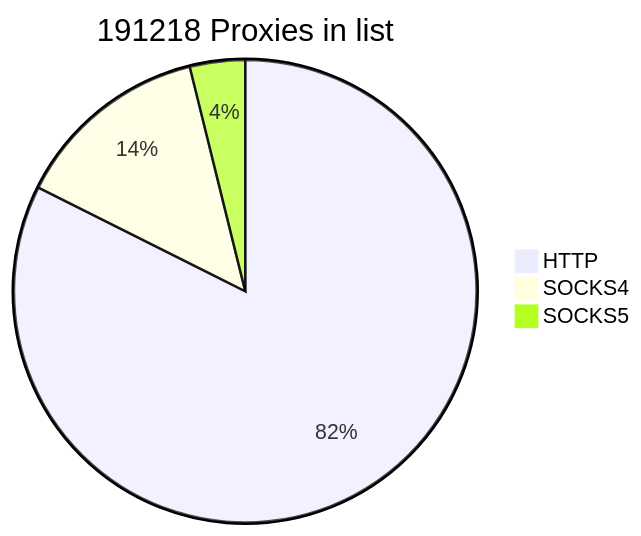
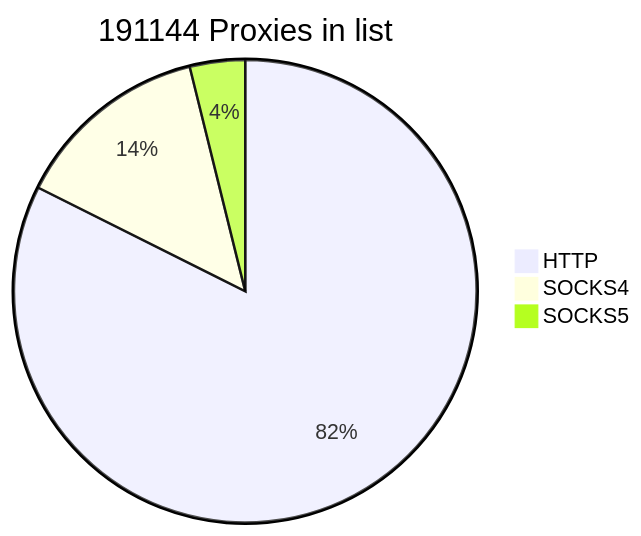
One commit to cutipu/proxylist changed the first of 2 diagrams in README.md. Above: the diagram before and after it, drawn with Mermaid. The commit also changed other lines of this file, not shown here.

````diff
--- a/README.md
+++ b/README.md
@@ -2,7 +2,7 @@
 ```mermaid
-pie title 191218 Proxies in list
-    "HTTP" : 157549
-    "SOCKS4" : 26290
+pie title 191144 Proxies in list
+    "HTTP" : 157474
+    "SOCKS4" : 26291
     "SOCKS5" : 7379
             
 ```
````
